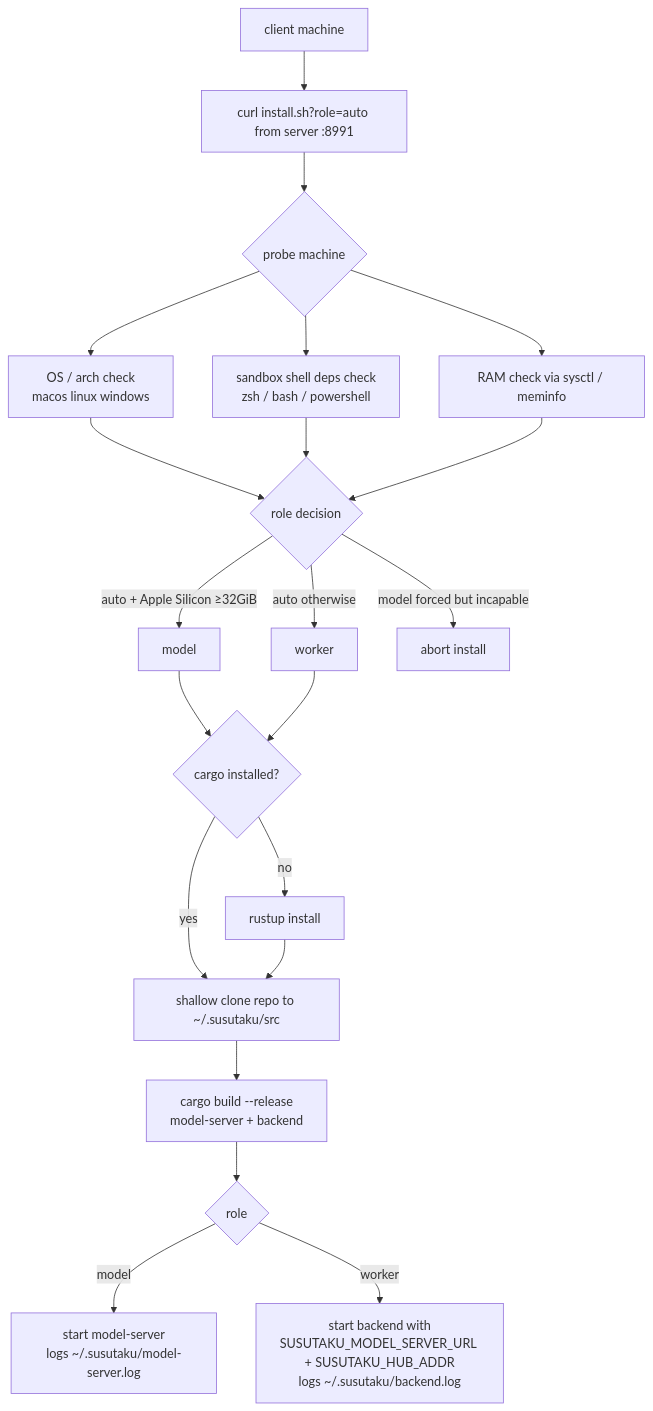
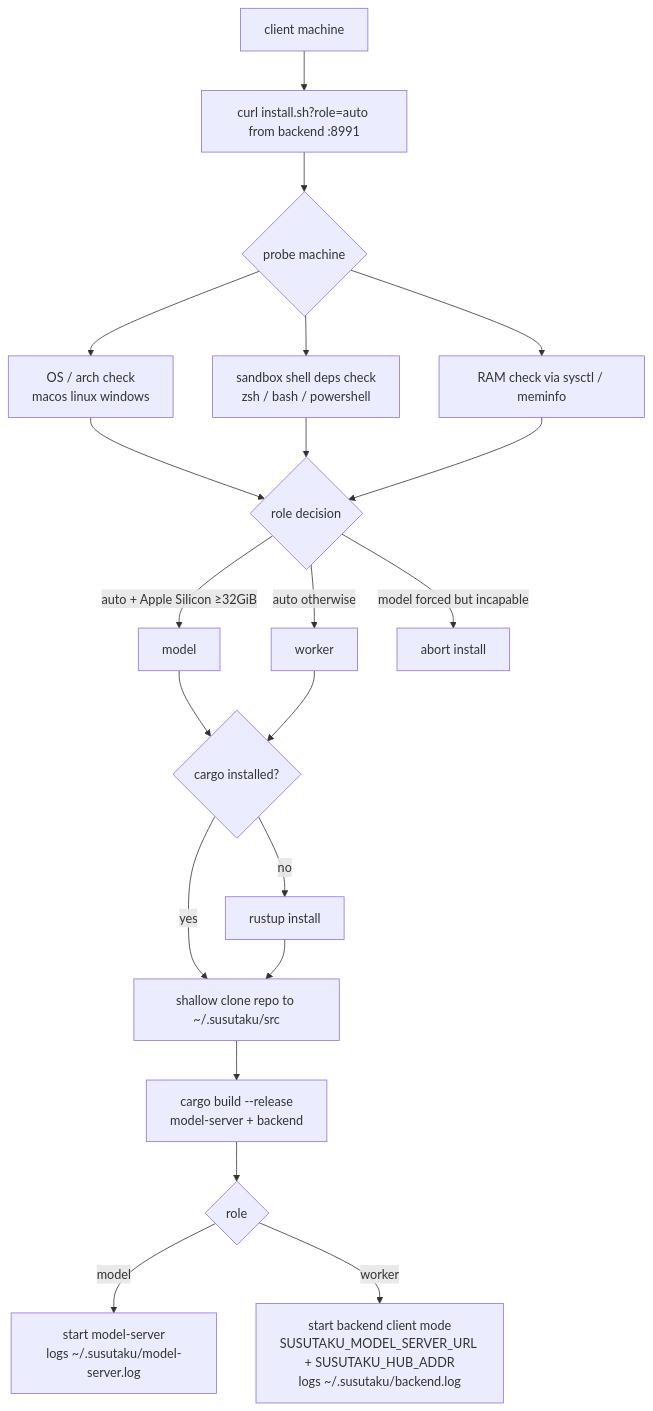
Before and after one commit to lidm0707/susutaku: the second of 8 diagrams in docs/remote-clients.md, drawn with Mermaid. The commit also changed other lines of this file and 14 other files, not shown here.

````diff
--- a/docs/remote-clients.md
+++ b/docs/remote-clients.md
@@ -21,20 +39,20 @@
 ```mermaid
 flowchart TD
-    A[client machine] --> B[curl install.sh?role=auto from server :8991]
+    A[client machine] --> B[curl install.sh?role=auto from backend :8991]
     B --> C{probe machine}
     C --> C1[OS / arch check<br/>macos linux windows]
     C --> C2[sandbox shell deps check<br/>zsh / bash / powershell]
     C --> C3[RAM check via sysctl / meminfo]
     C1 & C2 & C3 --> D{role decision}
     D -->|auto + Apple Silicon ≥32GiB| E[model]
     D -->|auto otherwise| F[worker]
     D -->|model forced but incapable| X[abort install]
     E & F --> G{cargo installed?}
     G -->|no| H[rustup install]
     G -->|yes| I
     H --> I[shallow clone repo to ~/.susutaku/src]
     I --> J[cargo build --release<br/>model-server + backend]
     J --> K{role}
     K -->|model| L[start model-server<br/>logs ~/.susutaku/model-server.log]
-    K -->|worker| M[start backend with<br/>SUSUTAKU_MODEL_SERVER_URL + SUSUTAKU_HUB_ADDR<br/>logs ~/.susutaku/backend.log]
+    K -->|worker| M[start backend client mode<br/>SUSUTAKU_MODEL_SERVER_URL + SUSUTAKU_HUB_ADDR<br/>logs ~/.susutaku/backend.log]
 ```
````
